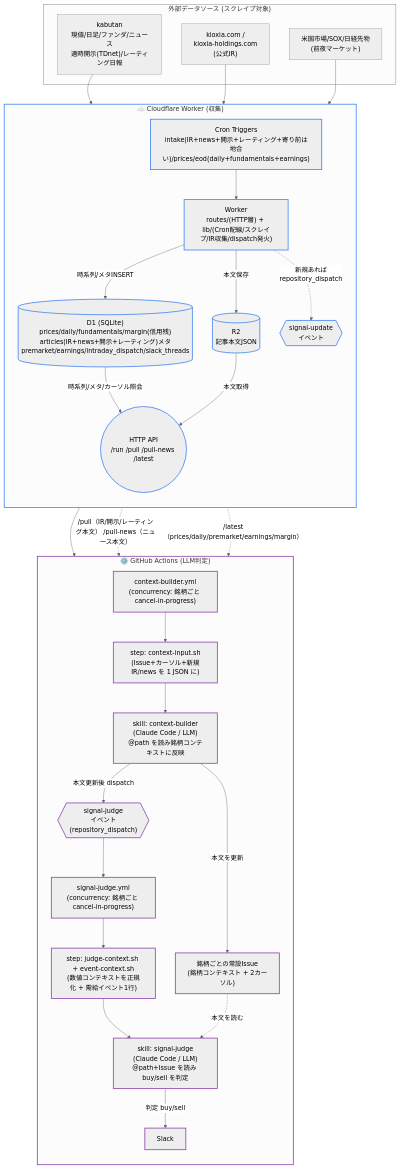
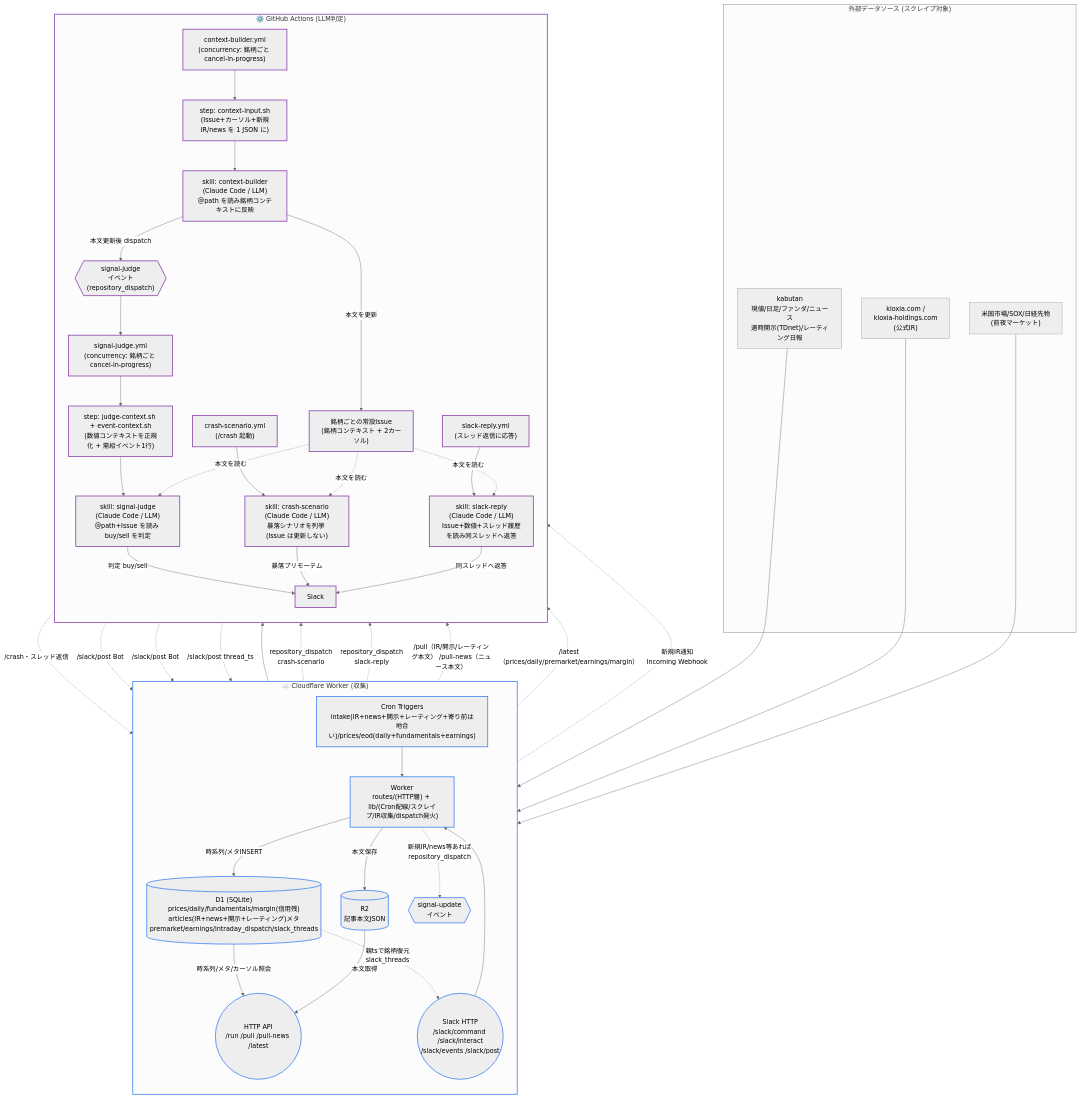
One commit to omni-stove/stock-signals changed the first of 4 diagrams in README.md. Above: the diagram before and after it, drawn with Mermaid (neutral theme). The commit also changed other lines of this file and 31 other files, not shown here.

````diff
--- a/README.md
+++ b/README.md
@@ -47,12 +47,15 @@
         D1[("D1 (SQLite)<br/>prices/daily/fundamentals/margin(信用残)<br/>articles(IR+news+開示+レーティング)メタ<br/>premarket/earnings/intraday_dispatch/slack_threads")]
         R2[("R2<br/>記事本文JSON")]
         API((HTTP API<br/>/run /pull /pull-news /latest))
+        SLACKAPI((Slack HTTP<br/>/slack/command /slack/interact<br/>/slack/events /slack/post))
         CRON_CF --> WORKER
         WORKER -->|時系列/メタINSERT| D1
         WORKER -->|本文保存| R2
         D1 -->|時系列/メタ/カーソル照会| API
         R2 -->|本文取得| API
-        WORKER -.->|新規あれば<br/>repository_dispatch| DISPATCH{{"signal-update<br/>イベント"}}
+        SLACKAPI --> WORKER
+        D1 -.->|親tsで銘柄復元<br/>slack_threads| SLACKAPI
+        WORKER -.->|新規IR/news等あれば<br/>repository_dispatch| DISPATCH{{"signal-update<br/>イベント"}}
     end
 
     subgraph GHA["⚙️ GitHub Actions (LLM判定)"]
@@ -64,12 +67,22 @@
         JUDGEWF["signal-judge.yml<br/>(concurrency: 銘柄ごと cancel-in-progress)"]
         JUDGECTX["step: judge-context.sh + event-context.sh<br/>(数値コンテキストを正規化 + 需給イベント1行)"]
         JUDGESKILL["skill: signal-judge<br/>(Claude Code / LLM)<br/>@path+Issue を読み buy/sell を判定"]
+        CRASHWF["crash-scenario.yml<br/>(/crash 起動)"]
+        CRASHSKILL["skill: crash-scenario<br/>(Claude Code / LLM)<br/>暴落シナリオを列挙 (Issue は更新しない)"]
+        REPLYWF["slack-reply.yml<br/>(スレッド返信に応答)"]
+        REPLYSKILL["skill: slack-reply<br/>(Claude Code / LLM)<br/>Issue+数値+スレッド履歴を読み同スレッドへ返答"]
         ISSUE["銘柄ごとの常設Issue<br/>(銘柄コンテキスト + 2カーソル)"]
         SLACK["Slack"]
         CTXWF --> CTXIN --> CTXSKILL -->|本文を更新| ISSUE
         CTXSKILL -->|本文更新後 dispatch| JUDGEDISP --> JUDGEWF --> JUDGECTX --> JUDGESKILL
         ISSUE -.->|本文を読む| JUDGESKILL
         JUDGESKILL -->|判定 buy/sell| SLACK
+        CRASHWF --> CRASHSKILL
+        ISSUE -.->|本文を読む| CRASHSKILL
+        CRASHSKILL -->|暴落プリモーテム| SLACK
+        REPLYWF --> REPLYSKILL
+        ISSUE -.->|本文を読む| REPLYSKILL
+        REPLYSKILL -->|同スレッドへ返答| SLACK
     end
 
     %% 外部 → 収集
@@ -83,14 +96,23 @@
 
     %% Worker → Actions
     DISPATCH --> CTXWF
+    WORKER -.->|repository_dispatch<br/>crash-scenario| CRASHWF
+    WORKER -.->|repository_dispatch<br/>slack-reply| REPLYWF
 
     %% Actions → Worker (材料引きは workflow step が代行し skill へ @path で渡す)
     %% 縦積みを崩さぬよう横断する戻り参照は破線 (重み低)
     API -.->|/pull（IR/開示/レーティング本文） /pull-news（ニュース本文）| CTXIN
     API -.->|/latest（prices/daily/premarket/earnings/margin）| JUDGECTX
 
+    %% Slack 連携 (双方向)
+    SLACK -.->|/crash・スレッド返信| SLACKAPI
+    JUDGESKILL -.->|/slack/post Bot| SLACKAPI
+    CRASHSKILL -.->|/slack/post Bot| SLACKAPI
+    REPLYSKILL -.->|/slack/post thread_ts| SLACKAPI
+    WORKER -.->|新規IR通知<br/>Incoming Webhook| SLACK
+
     classDef cloud stroke:#4285f4,stroke-width:2px
     classDef gha stroke:#8e44ad,stroke-width:2px
-    class CLOUD,CRON_CF,WORKER,D1,R2,API,DISPATCH cloud
-    class GHA,CTXWF,CTXIN,CTXSKILL,JUDGEDISP,JUDGEWF,JUDGECTX,JUDGESKILL,ISSUE,SLACK gha
+    class CLOUD,CRON_CF,WORKER,D1,R2,API,SLACKAPI,DISPATCH cloud
+    class GHA,CTXWF,CTXIN,CTXSKILL,JUDGEDISP,JUDGEWF,JUDGECTX,JUDGESKILL,CRASHWF,CRASHSKILL,REPLYWF,REPLYSKILL,ISSUE,SLACK gha
 ```
````
